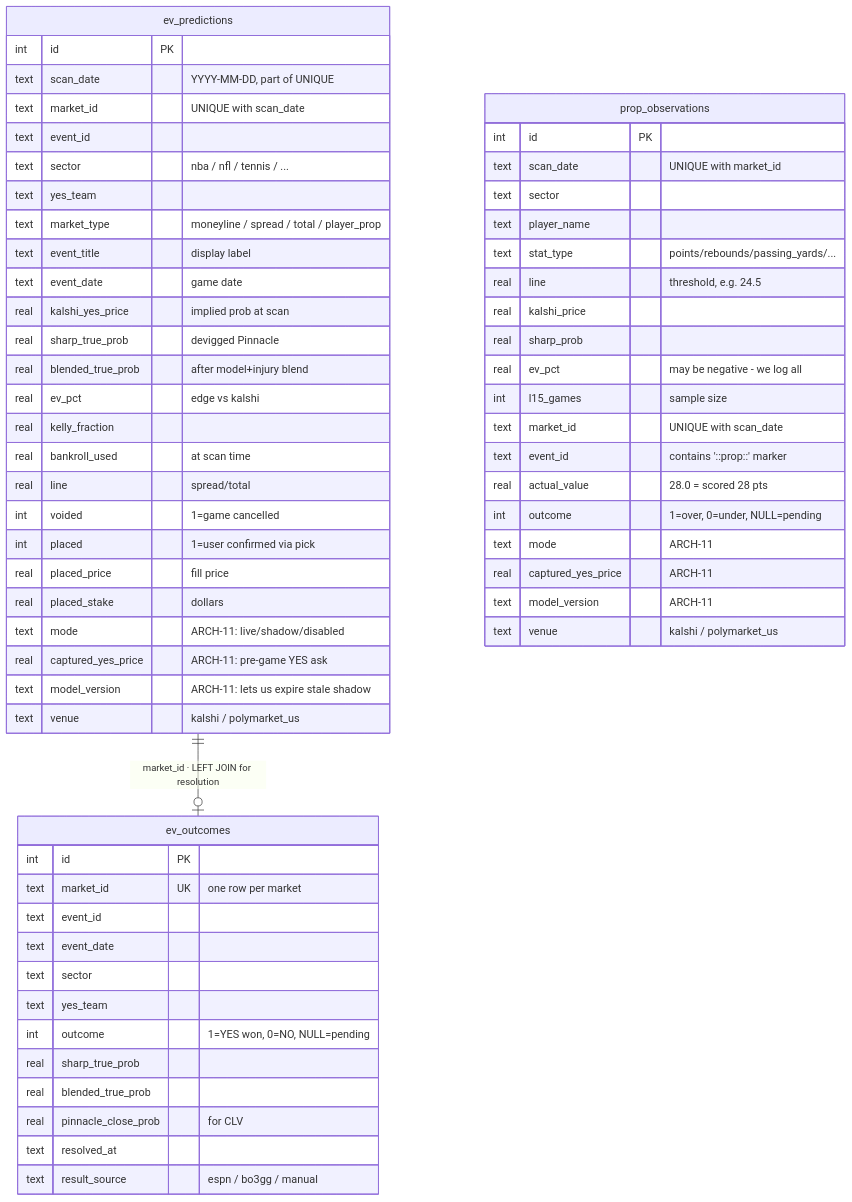
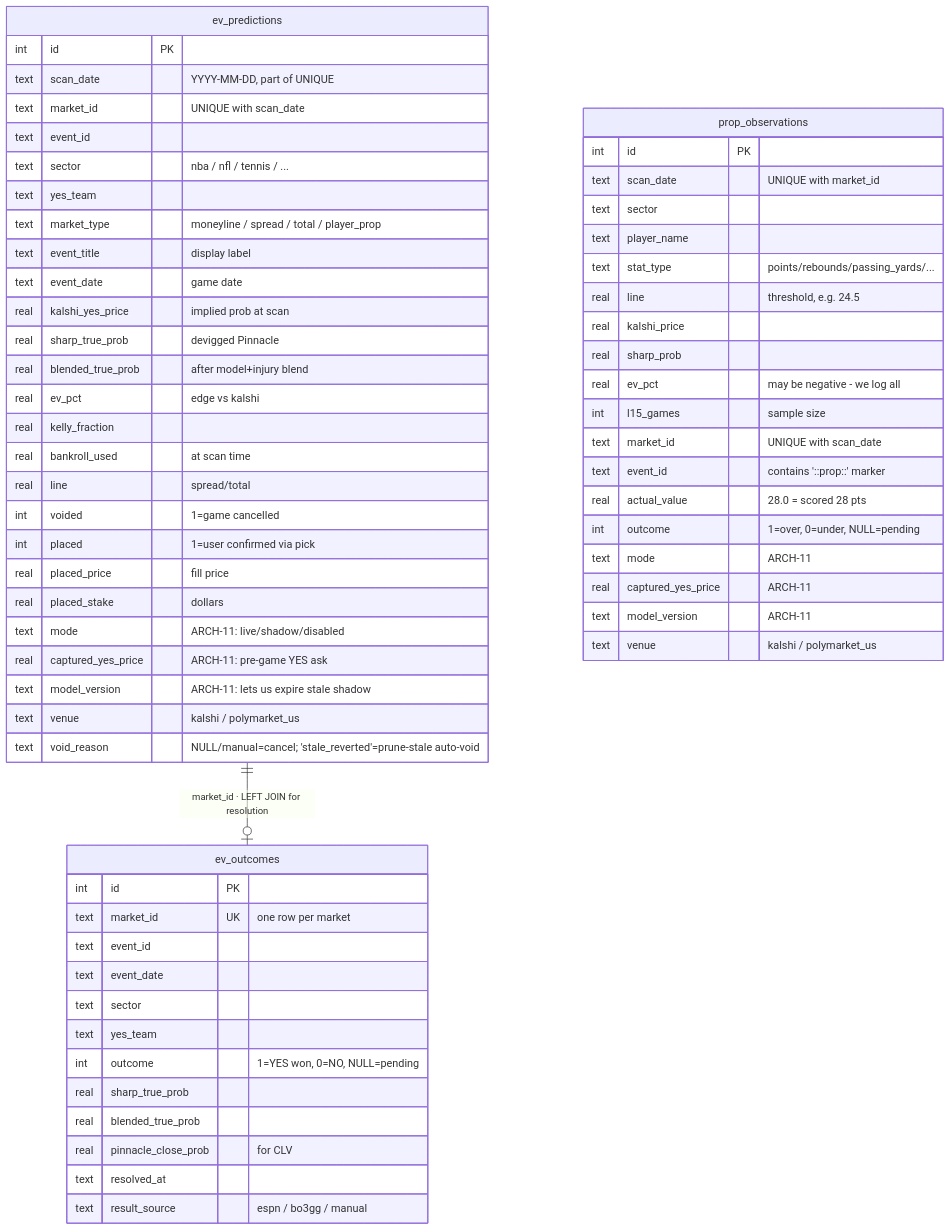
Before and after one commit to tzeng7/evmax-sim: the second of 2 diagrams in CLAUDE.md, drawn with Mermaid. The commit also changed other lines of this file and 7 other files, not shown here.

````diff
--- a/CLAUDE.md
+++ b/CLAUDE.md
@@ -474,66 +491,67 @@
 ```mermaid
 erDiagram
     ev_predictions ||--o| ev_outcomes : "market_id · LEFT JOIN for resolution"
     ev_predictions {
         int id PK
         text scan_date "YYYY-MM-DD, part of UNIQUE"
         text market_id "UNIQUE with scan_date"
         text event_id
         text sector "nba / nfl / tennis / ..."
         text yes_team
         text market_type "moneyline / spread / total / player_prop"
         text event_title "display label"
         text event_date "game date"
         real kalshi_yes_price "implied prob at scan"
         real sharp_true_prob "devigged Pinnacle"
         real blended_true_prob "after model+injury blend"
         real ev_pct "edge vs kalshi"
         real kelly_fraction
         real bankroll_used "at scan time"
         real line "spread/total"
         int voided "1=game cancelled"
         int placed "1=user confirmed via pick"
         real placed_price "fill price"
         real placed_stake "dollars"
         text mode "ARCH-11: live/shadow/disabled"
         real captured_yes_price "ARCH-11: pre-game YES ask"
         text model_version "ARCH-11: lets us expire stale shadow"
         text venue "kalshi / polymarket_us"
+        text void_reason "NULL/manual=cancel; 'stale_reverted'=prune-stale auto-void"
     }
 
     prop_observations {
         int id PK
         text scan_date "UNIQUE with market_id"
         text sector
         text player_name
         text stat_type "points/rebounds/passing_yards/..."
         real line "threshold, e.g. 24.5"
         real kalshi_price
         real sharp_prob
         real ev_pct "may be negative - we log all"
         int l15_games "sample size"
         text market_id "UNIQUE with scan_date"
         text event_id "contains '::prop::' marker"
         real actual_value "28.0 = scored 28 pts"
         int outcome "1=over, 0=under, NULL=pending"
         text mode "ARCH-11"
         real captured_yes_price "ARCH-11"
         text model_version "ARCH-11"
         text venue "kalshi / polymarket_us"
     }
 
     ev_outcomes {
         int id PK
         text market_id UK "one row per market"
         text event_id
         text event_date
         text sector
         text yes_team
         int outcome "1=YES won, 0=NO, NULL=pending"
         real sharp_true_prob
         real blended_true_prob
         real pinnacle_close_prob "for CLV"
         text resolved_at
         text result_source "espn / bo3gg / manual"
     }
 ```
````
